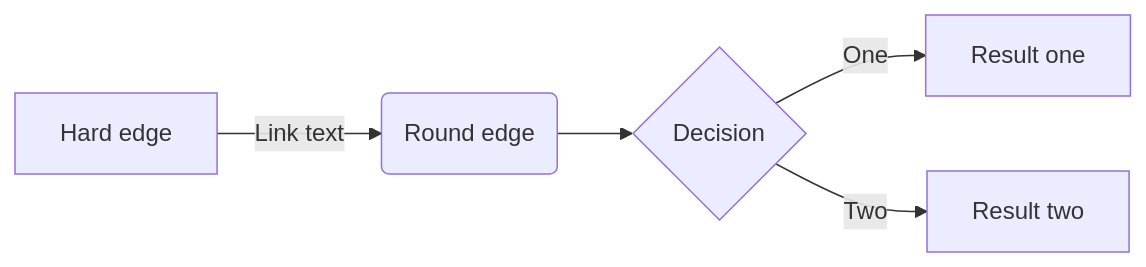
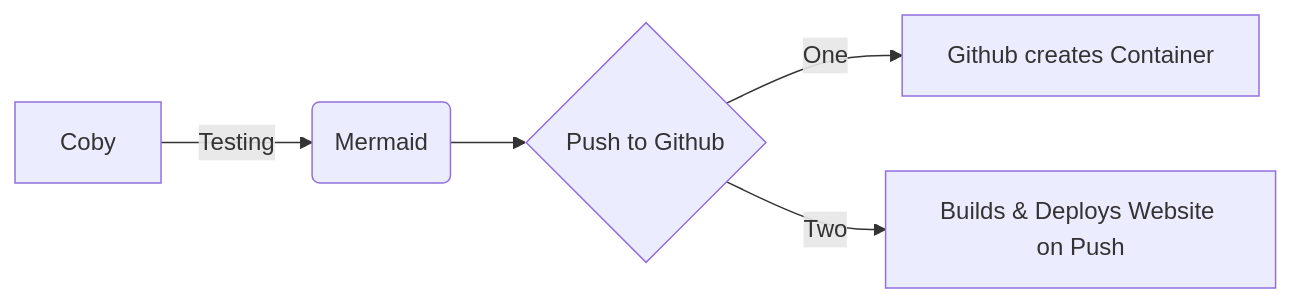
One commit to cobyiv/test-hugo changed the diagram in content/posts/my-first-post.md. Above: the diagram before and after it, drawn with Mermaid. The commit also changed other lines of this file, not shown here.

Commit message:
mermaid cleanup

```diff
--- a/content/posts/my-first-post.md
+++ b/content/posts/my-first-post.md
@@ -20,7 +21,7 @@
 {{<mermaid align="left">}}
 graph LR;
-    A[Hard edge] -->|Link text| B(Round edge)
-    B --> C{Decision}
-    C -->|One| D[Result one]
-    C -->|Two| E[Result two]
+    A[Coby] -->|Testing| B(Mermaid)
+    B(Mermaid) --> C{Push to Github}
+    C -->|One| D[Github creates Container]
+    C -->|Two| E[Builds & Deploys Website on Push]
 {{</mermaid>}}
```
